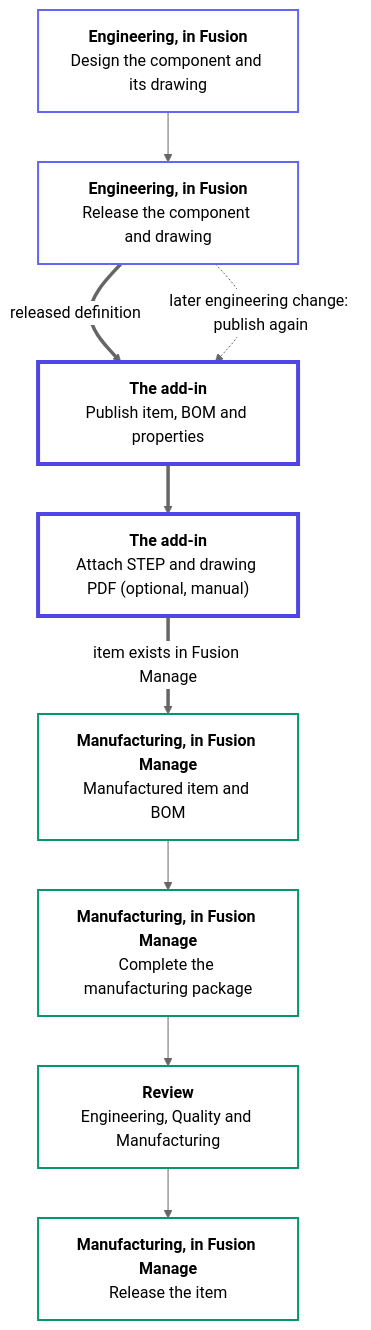
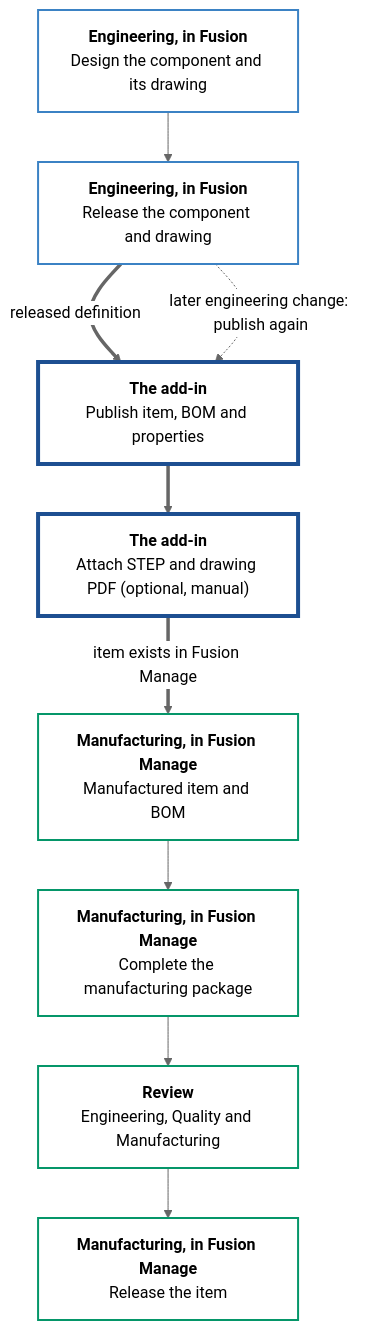
The diagram in docs/getting-started/workflow.md (AHoop91/FusionToFusionManageAddon), drawn with Mermaid (neutral theme) before and after one commit. The commit also changed 4 other files, not shown here.

````diff
--- a/docs/getting-started/workflow.md
+++ b/docs/getting-started/workflow.md
@@ -29,27 +29,27 @@
 ```mermaid
 flowchart TB
     E1["<b>Engineering, in Fusion</b><br/>Design the component and its drawing"]
     E2["<b>Engineering, in Fusion</b><br/>Release the component and drawing"]
     B1["<b>The add-in</b><br/>Publish item, BOM and properties"]
     B2["<b>The add-in</b><br/>Attach STEP and drawing PDF (optional, manual)"]
     M1["<b>Manufacturing, in Fusion Manage</b><br/>Manufactured item and BOM"]
     M2["<b>Manufacturing, in Fusion Manage</b><br/>Complete the manufacturing package"]
     M3["<b>Review</b><br/>Engineering, Quality and Manufacturing"]
     M4["<b>Manufacturing, in Fusion Manage</b><br/>Release the item"]
 
     E1 --> E2
     E2 ==>|"released definition"| B1
     B1 ==> B2
     B2 ==>|"item exists in Fusion Manage"| M1
     M1 --> M2
     M2 --> M3
     M3 --> M4
     E2 -. "later engineering change: publish again" .-> B1
 
-    classDef eng fill:transparent,stroke:#6366f1,stroke-width:2px
-    classDef bridge fill:transparent,stroke:#4f46e5,stroke-width:4px
+    classDef eng fill:transparent,stroke:#3b82c4,stroke-width:2px
+    classDef bridge fill:transparent,stroke:#1d4f91,stroke-width:4px
     classDef mfg fill:transparent,stroke:#059669,stroke-width:2px
     class E1,E2 eng
     class B1,B2 bridge
     class M1,M2,M3,M4 mfg
 ```
````
